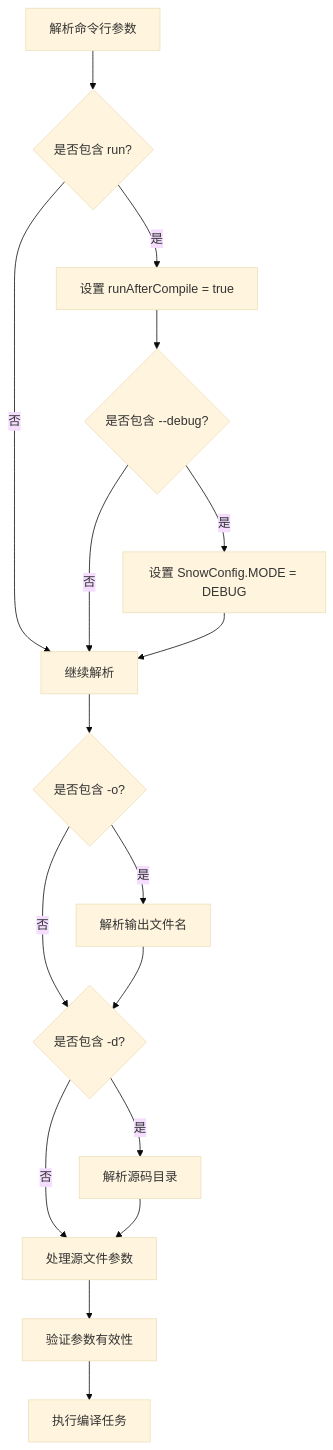
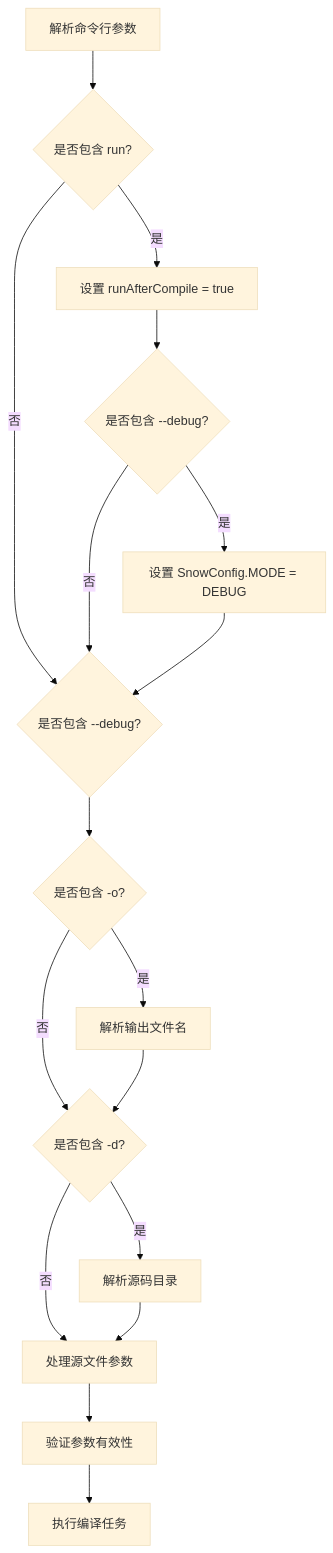
One commit to jcnc-org/Snow changed the second of 6 diagrams in .qoder/repowiki/zh/content/命令行参考/compile 命令.md. Above: the diagram before and after it, drawn with Mermaid (base theme). The commit also changed 3 other files, not shown here.

````diff
--- a/.qoder/repowiki/zh/content/命令行参考/compile 命令.md
+++ b/.qoder/repowiki/zh/content/命令行参考/compile 命令.md
@@ -102,19 +102,19 @@
 ```mermaid
 flowchart TD
 A["解析命令行参数"] --> B{"是否包含 run?"}
 B --> |是| C["设置 runAfterCompile = true"]
-B --> |否| D["继续解析"]
+B --> |否| D{"是否包含 --debug?"}
 C --> E{"是否包含 --debug?"}
 E --> |是| F["设置 SnowConfig.MODE = DEBUG"]
 E --> |否| D
 F --> D
 D --> G{"是否包含 -o?"}
 G --> |是| H["解析输出文件名"]
 G --> |否| I{"是否包含 -d?"}
 H --> I
 I --> |是| J["解析源码目录"]
 I --> |否| K["处理源文件参数"]
 J --> K
 K --> L["验证参数有效性"]
 L --> M["执行编译任务"]
 ```
````
